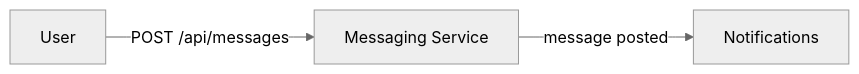
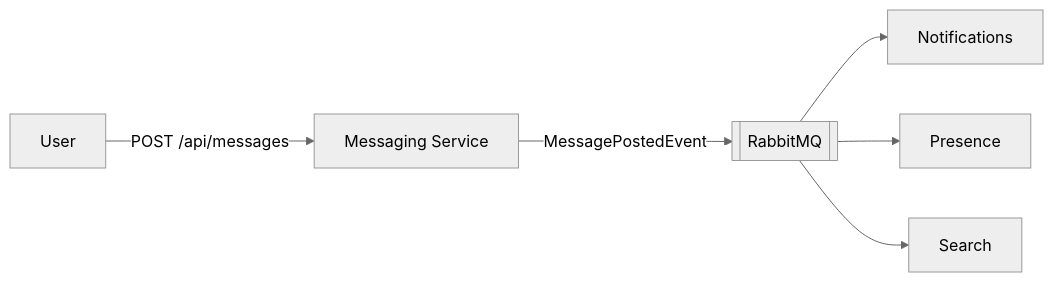
Before and after one commit to seaAndHof/bizcord: the diagram in docs/analysis-and-design.md, drawn with Mermaid (neutral theme). The commit also changed other lines of this file, not shown here.

Commit message:
Add MessagePostedEvent and its consumers to analysis and design

````diff
--- a/docs/analysis-and-design.md
+++ b/docs/analysis-and-design.md
@@ -27,5 +29,8 @@
 ```mermaid
 flowchart LR
     U[User] -- POST /api/messages --> M[Messaging Service]
-    M -- message posted --> N[Notifications]
+    M -- MessagePostedEvent --> Q[[RabbitMQ]]
+    Q --> N[Notifications]
+    Q --> P[Presence]
+    Q --> S[Search]
 ```
````
